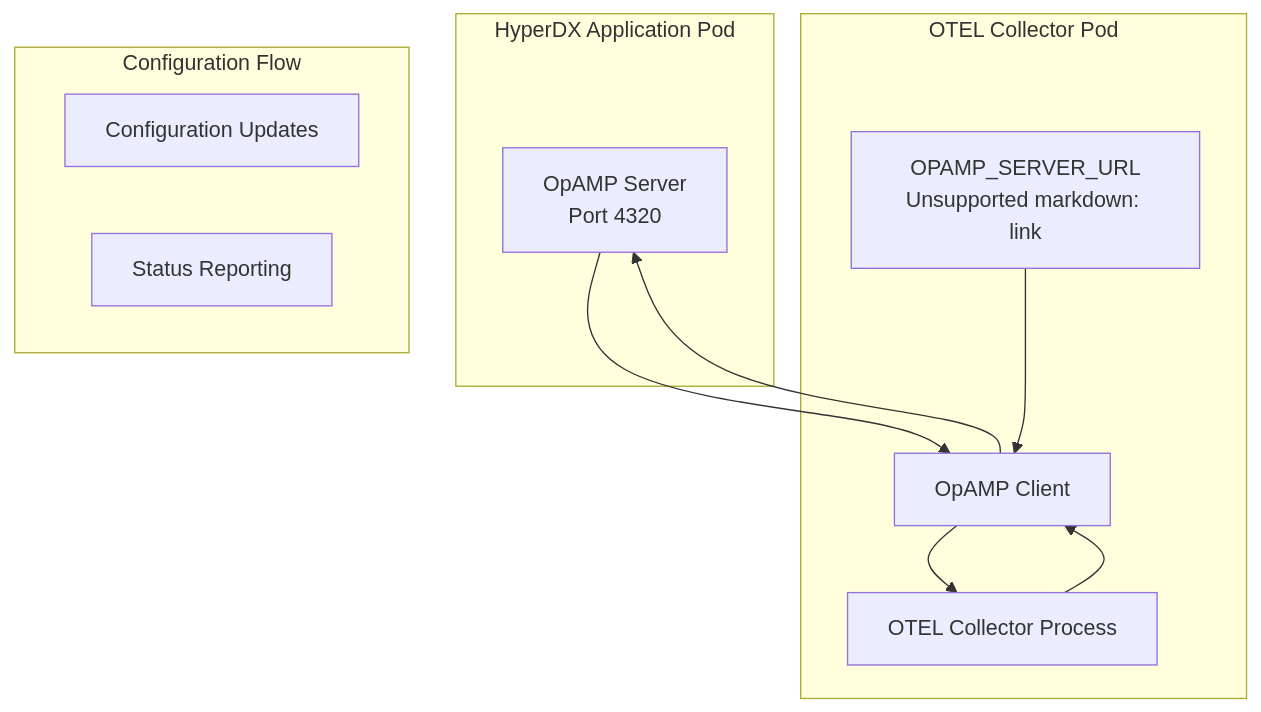
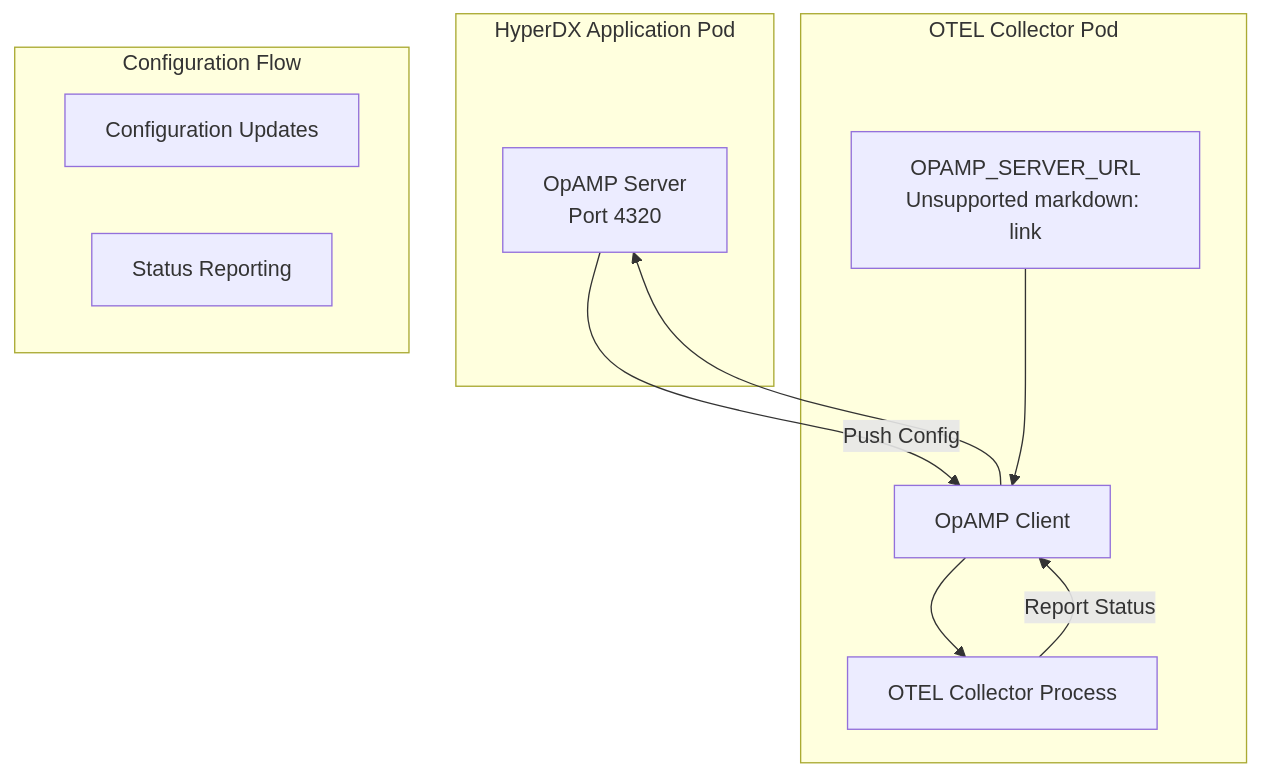
Before and after one commit to openchoreo/openchoreo: the ninth of 9 diagrams in docs/hyperdxio-helm-charts-docs/Telemetry-Data-Pipeline.md, drawn with Mermaid. The commit also changed other lines of this file and 85 other files, not shown here.

Commit message:
feat: Add new workflow and specification templates, update Helm chart dependencies, and clarify documentation diagrams.

````diff
--- a/docs/hyperdxio-helm-charts-docs/Telemetry-Data-Pipeline.md
+++ b/docs/hyperdxio-helm-charts-docs/Telemetry-Data-Pipeline.md
@@ -493,31 +493,31 @@
 ```mermaid
 flowchart TD
 
 ConfigUpdate["Configuration Updates"]
 StatusReport["Status Reporting"]
 OpAMPServer["OpAMP Server<br>Port 4320"]
 Collector["OTEL Collector Process"]
 OpAMPClient["OpAMP Client"]
 OpAMPURL["OPAMP_SERVER_URL<br>Unsupported markdown: link"]
 
-OpAMPServer --> OpAMPClient
+OpAMPServer -->|"Push Config"| OpAMPClient
 OpAMPClient --> OpAMPServer
 
 subgraph subGraph1 ["OTEL Collector Pod"]
     Collector
     OpAMPClient
     OpAMPURL
     OpAMPClient --> Collector
-    Collector --> OpAMPClient
+    Collector -->|"Report Status"| OpAMPClient
     OpAMPURL --> OpAMPClient
 end
 
 subgraph subGraph0 ["HyperDX Application Pod"]
     OpAMPServer
 end
 
 subgraph subGraph2 ["Configuration Flow"]
     ConfigUpdate
     StatusReport
 end
 ```
````
